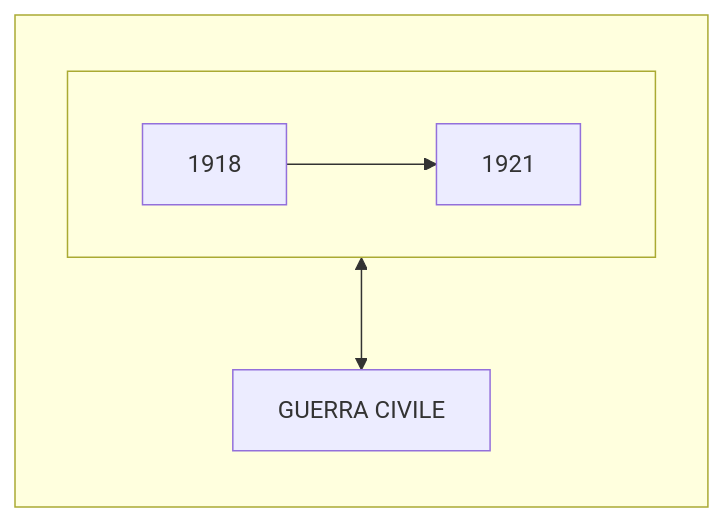
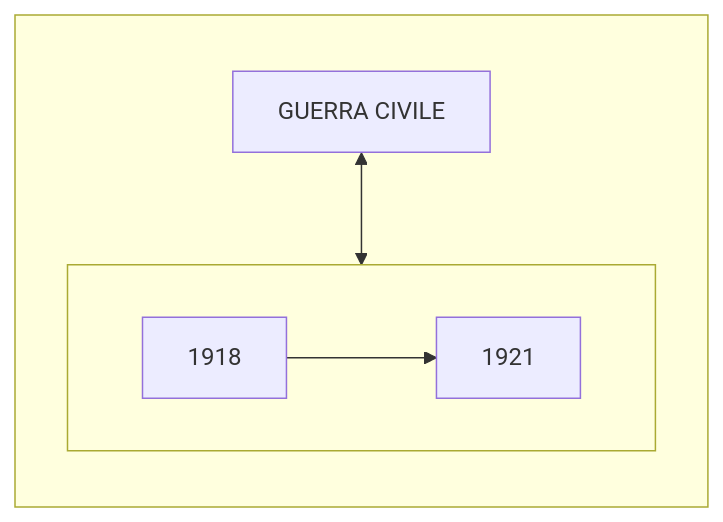
One commit to Laaouatni/ricerca-storia-MermaidJS changed the diagram in prova.md. Above: the diagram before and after it, drawn with Mermaid.

````diff
--- a/prova.md
+++ b/prova.md
@@ -1,14 +1,14 @@
 ```mermaid
 flowchart TB;
   subgraph 0[" "]
     direction TB;
     subgraph 01[" "]
       direction LR;
       010[1918]
       011[1921]
       010 --> 011
     end
     02[GUERRA CIVILE]
-    01 <--> 02
+    02 <--> 01
   end
 ```
````
